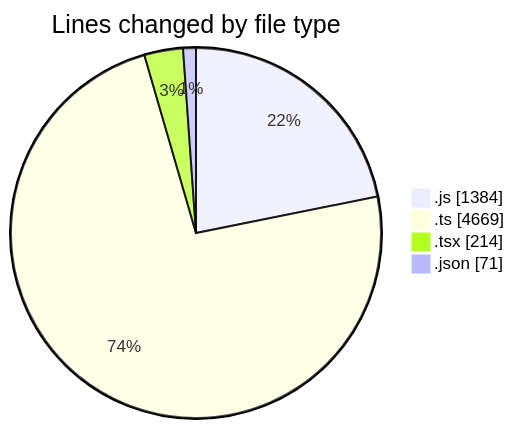
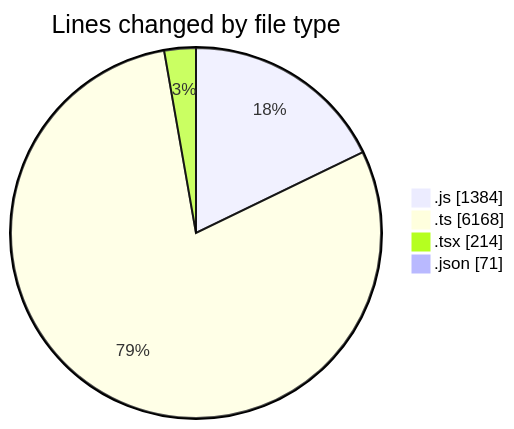
Before and after one commit to momahboobian/code-tracking: the first of 2 diagrams in 2026-02-04/cda/README.md, drawn with Mermaid. The commit also changed other lines of this file and 1 other file, not shown here.

````diff
--- a/2026-02-04/cda/README.md
+++ b/2026-02-04/cda/README.md
@@ -27,8 +27,8 @@
 ```mermaid
 pie showData
 title Lines changed by file type
 ".js" : 1384
-".ts" : 4669
+".ts" : 6168
 ".tsx" : 214
 ".json" : 71
 ```
````
